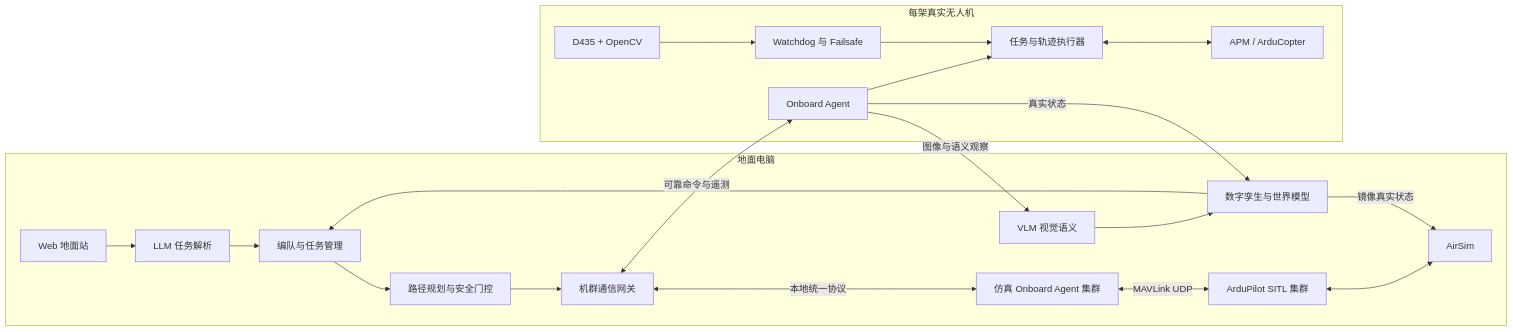
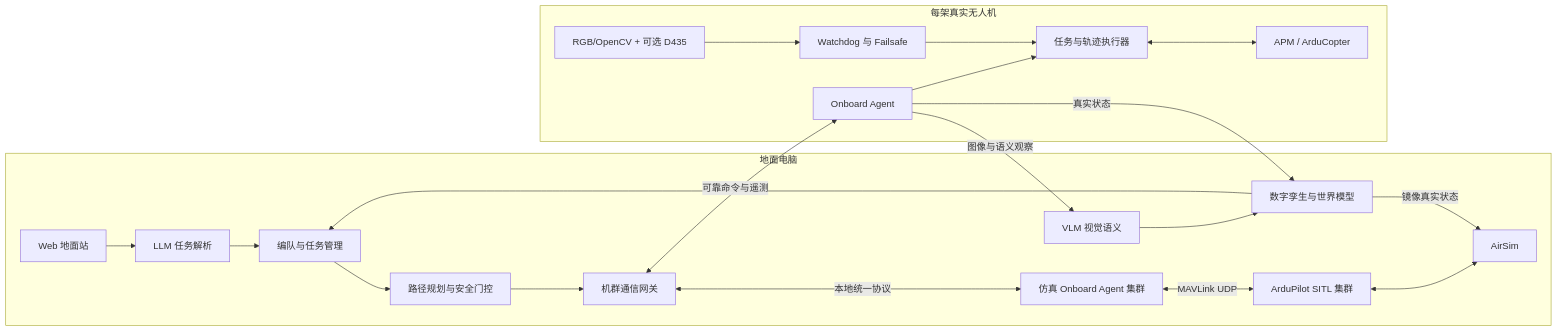
One commit to Waves-Lee-X/airsim_llm_ground changed the diagram in doc/14-AeroMind-APM-Lite开发计划.md. Above: the diagram before and after it, drawn with Mermaid. The commit also changed other lines of this file and 46 other files, not shown here.

````diff
--- a/doc/14-AeroMind-APM-Lite开发计划.md
+++ b/doc/14-AeroMind-APM-Lite开发计划.md
@@ -61,43 +61,43 @@
 ```mermaid
 flowchart LR
     subgraph Ground[地面电脑]
         WEB[Web 地面站]
         AI[LLM 任务解析]
         VLM[VLM 视觉语义]
         WM[数字孪生与世界模型]
         FM[编队与任务管理]
         PP[路径规划与安全门控]
         SIM[AirSim]
         SA[仿真 Onboard Agent 集群]
         SITL[ArduPilot SITL 集群]
         GW[机群通信网关]
 
         WEB --> AI
         AI --> FM
         VLM --> WM
         WM --> FM
         FM --> PP
         PP --> GW
         GW <-->|本地统一协议| SA
         SA <-->|MAVLink UDP| SITL
         SITL <--> SIM
     end
 
     subgraph Vehicle[每架真实无人机]
         OA[Onboard Agent]
         EX[任务与轨迹执行器]
-        CV[D435 + OpenCV]
+        CV[RGB/OpenCV + 可选 D435]
         FS[Watchdog 与 Failsafe]
         FCU[APM / ArduCopter]
 
         OA --> EX
         CV --> FS
         FS --> EX
         EX <--> FCU
     end
 
     GW <-->|可靠命令与遥测| OA
     OA -->|图像与语义观察| VLM
     OA -->|真实状态| WM
     WM -->|镜像真实状态| SIM
 ```
````
